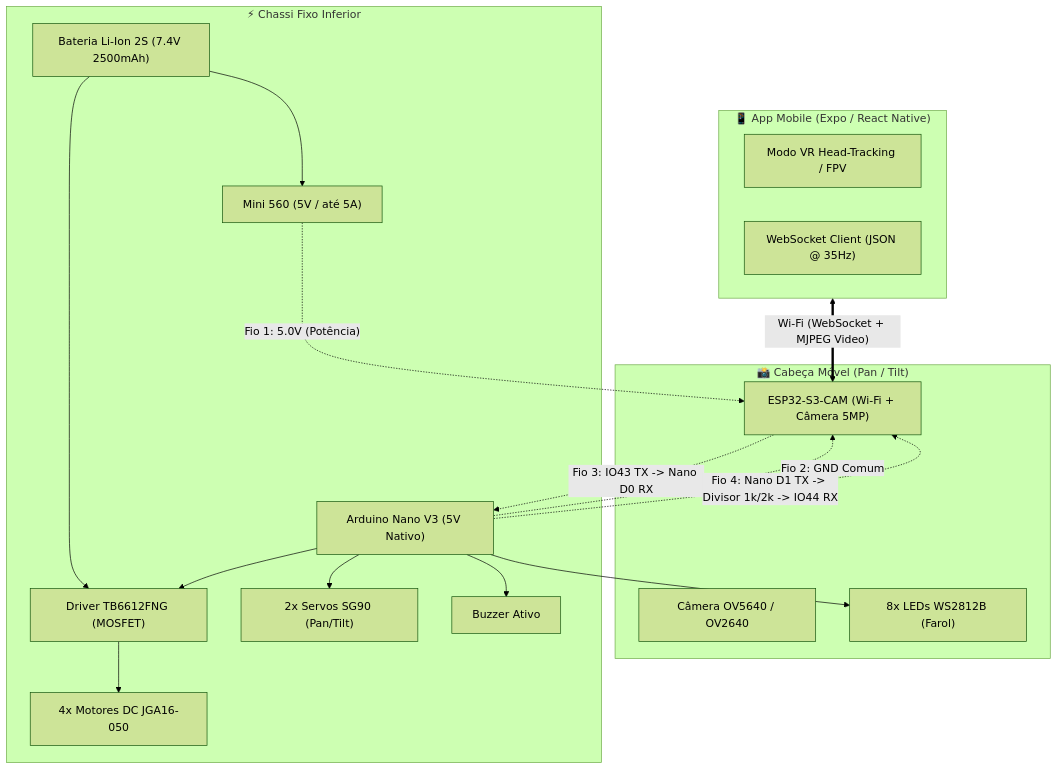
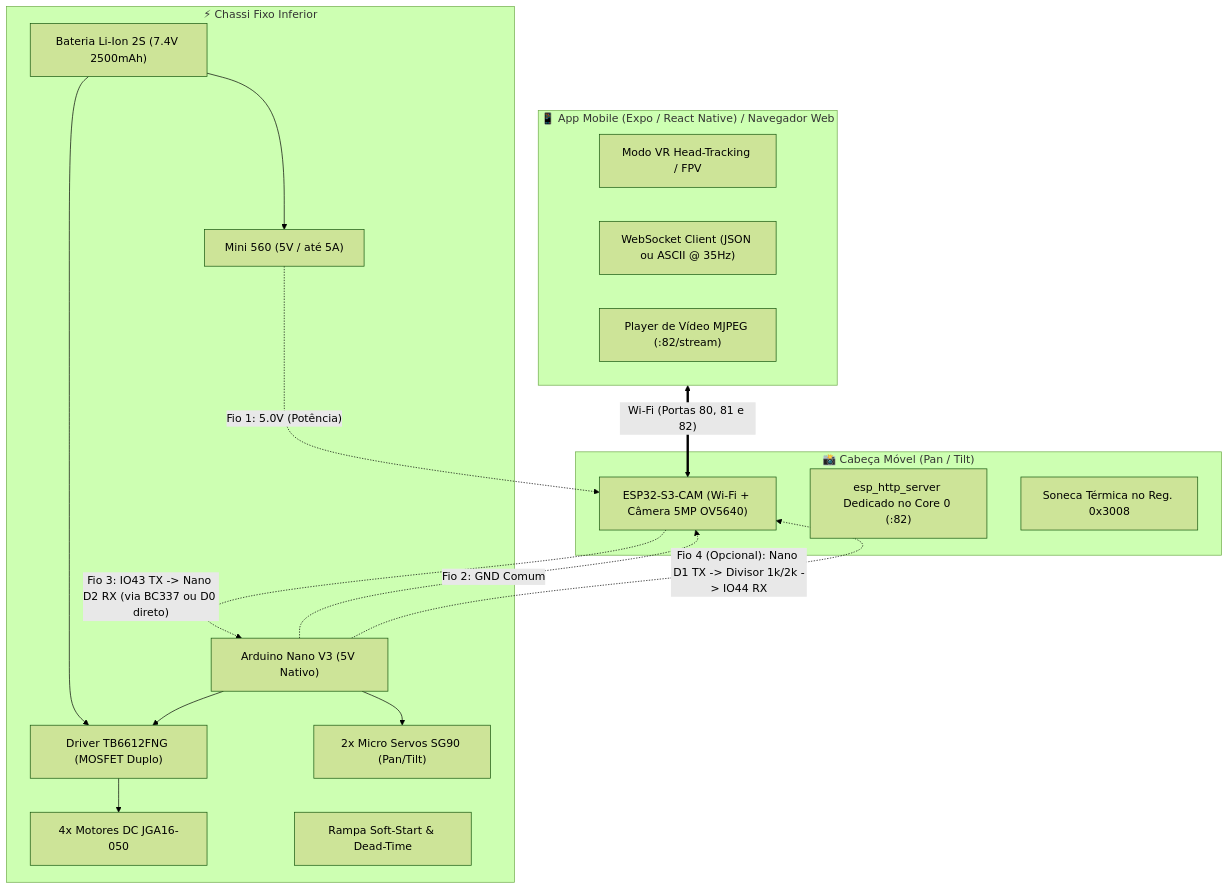
One commit to CaioHVectorA/rover changed the diagram in README.md. Above: the diagram before and after it, drawn with Mermaid (forest theme). The commit also changed other lines of this file and 106 other files, not shown here.

````diff
--- a/README.md
+++ b/README.md
@@ -17,38 +18,37 @@
 ```mermaid
 flowchart TD
-    subgraph APP["📱 App Mobile (Expo / React Native)"]
+    subgraph APP["📱 App Mobile (Expo / React Native) / Navegador Web"]
         VR["Modo VR Head-Tracking / FPV"]
-        WS_CLI["WebSocket Client (JSON @ 35Hz)"]
+        WS_CLI["WebSocket Client (JSON ou ASCII @ 35Hz)"]
+        STREAM_CLI["Player de Vídeo MJPEG (:82/stream)"]
     end
 
     subgraph CABECA["📸 Cabeça Móvel (Pan / Tilt)"]
-        ESP["ESP32-S3-CAM (Wi-Fi + Câmera 5MP)"]
-        CAM["Câmera OV5640 / OV2640"]
-        LED["8x LEDs WS2812B (Farol)"]
+        ESP["ESP32-S3-CAM (Wi-Fi + Câmera 5MP OV5640)"]
+        HTTPD["esp_http_server Dedicado no Core 0 (:82)"]
+        CAM_PWR["Soneca Térmica no Reg. 0x3008"]
     end
 
     subgraph CHASSI["⚡ Chassi Fixo Inferior"]
         STEP["Mini 560 (5V / até 5A)"]
         BAT["Bateria Li-Ion 2S (7.4V 2500mAh)"]
         NANO["Arduino Nano V3 (5V Nativo)"]
-        DRIVER["Driver TB6612FNG (MOSFET)"]
+        DRIVER["Driver TB6612FNG (MOSFET Duplo)"]
         MOTORES["4x Motores DC JGA16-050"]
-        SERVOS["2x Servos SG90 (Pan/Tilt)"]
-        BUZZER["Buzzer Ativo"]
+        SERVOS["2x Micro Servos SG90 (Pan/Tilt)"]
+        RAMPA["Rampa Soft-Start & Dead-Time"]
     end
 
-    APP <== "Wi-Fi (WebSocket + MJPEG Video)" ==> ESP
+    APP <== "Wi-Fi (Portas 80, 81 e 82)" ==> ESP
     BAT --> STEP
     BAT --> DRIVER
 
-    %% Chicote Flexível de 4 fios
+    %% Chicote Flexível
     STEP -.->|"Fio 1: 5.0V (Potência)"| ESP
     NANO -.->|"Fio 2: GND Comum"| ESP
-    ESP -.->|"Fio 3: IO43 TX -> Nano D0 RX"| NANO
-    NANO -.->|"Fio 4: Nano D1 TX -> Divisor 1k/2k -> IO44 RX"| ESP
+    ESP -.->|"Fio 3: IO43 TX -> Nano D2 RX (via BC337 ou D0 direto)"| NANO
+    NANO -.->|"Fio 4 (Opcional): Nano D1 TX -> Divisor 1k/2k -> IO44 RX"| ESP
 
     NANO --> DRIVER --> MOTORES
     NANO --> SERVOS
-    NANO --> LED
-    NANO --> BUZZER
 ```
````
